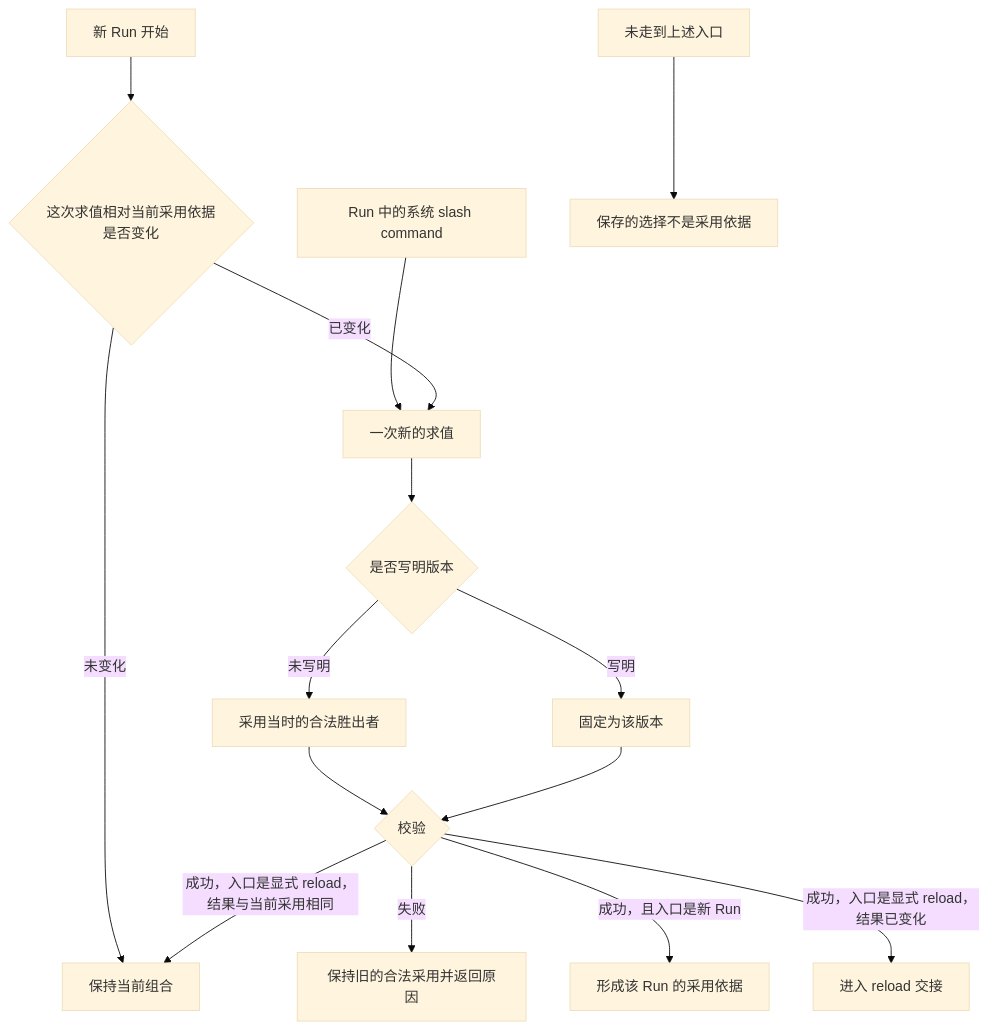
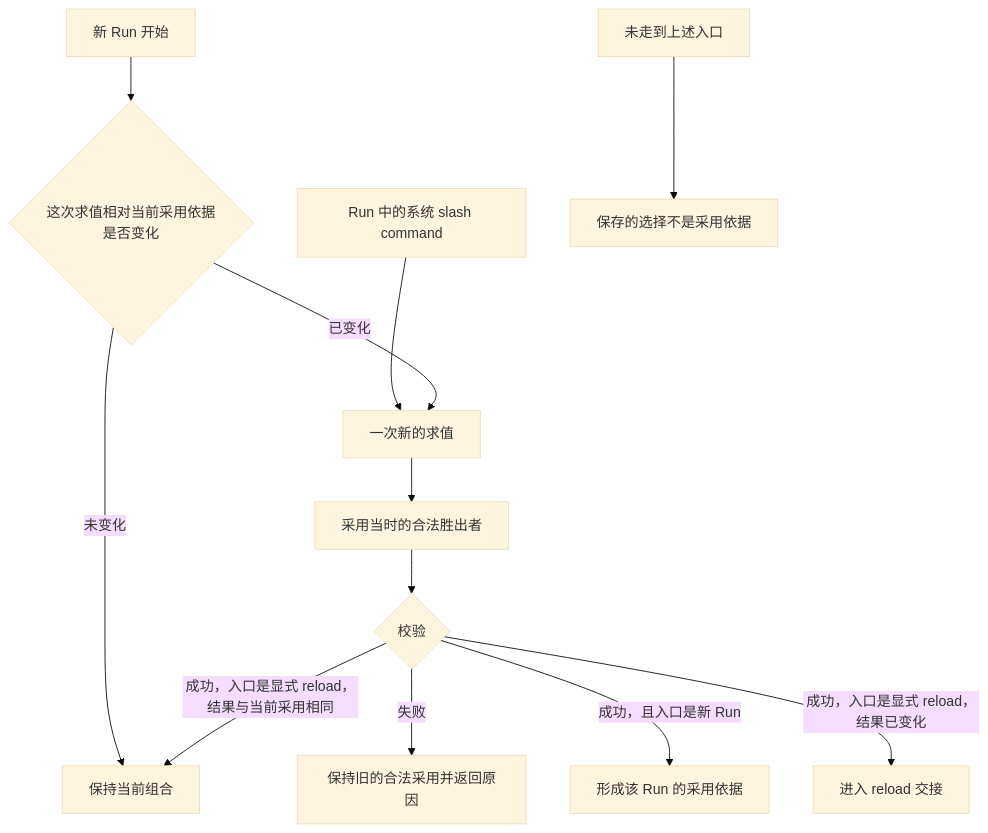
Before and after one commit to nemori-ai/omne-harness-lite: the first of 3 diagrams in docs/architecture/runtime/assembly-and-change.md, drawn with Mermaid (base theme). The commit also changed other lines of this file and 4 other files, not shown here.

First line of the commit message:
docs(session,architecture): 会话不钉版本，按形状核对同形可用的实现

````diff
--- a/docs/architecture/runtime/assembly-and-change.md
+++ b/docs/architecture/runtime/assembly-and-change.md
@@ -58,17 +69,14 @@
 ```mermaid
 flowchart TD
   runStart[新 Run 开始] --> compare{这次求值相对当前采用依据是否变化}
   slash[Run 中的系统 slash command] --> eval[一次新的求值]
   compare -->|未变化| keep[保持当前组合]
   compare -->|已变化| eval
-  eval --> named{是否写明版本}
-  named -->|未写明| winner[采用当时的合法胜出者]
-  named -->|写明| pinned[固定为该版本]
+  eval --> winner[采用当时的合法胜出者]
   winner --> check{校验}
-  pinned --> check
   check -->|失败| old[保持旧的合法采用并返回原因]
   check -->|成功，且入口是新 Run| runBasis[形成该 Run 的采用依据]
   check -->|成功，入口是显式 reload，结果已变化| handoff[进入 reload 交接]
   check -->|成功，入口是显式 reload，结果与当前采用相同| keep
   outside[未走到上述入口] --> saved[保存的选择不是采用依据]
 ```
````
